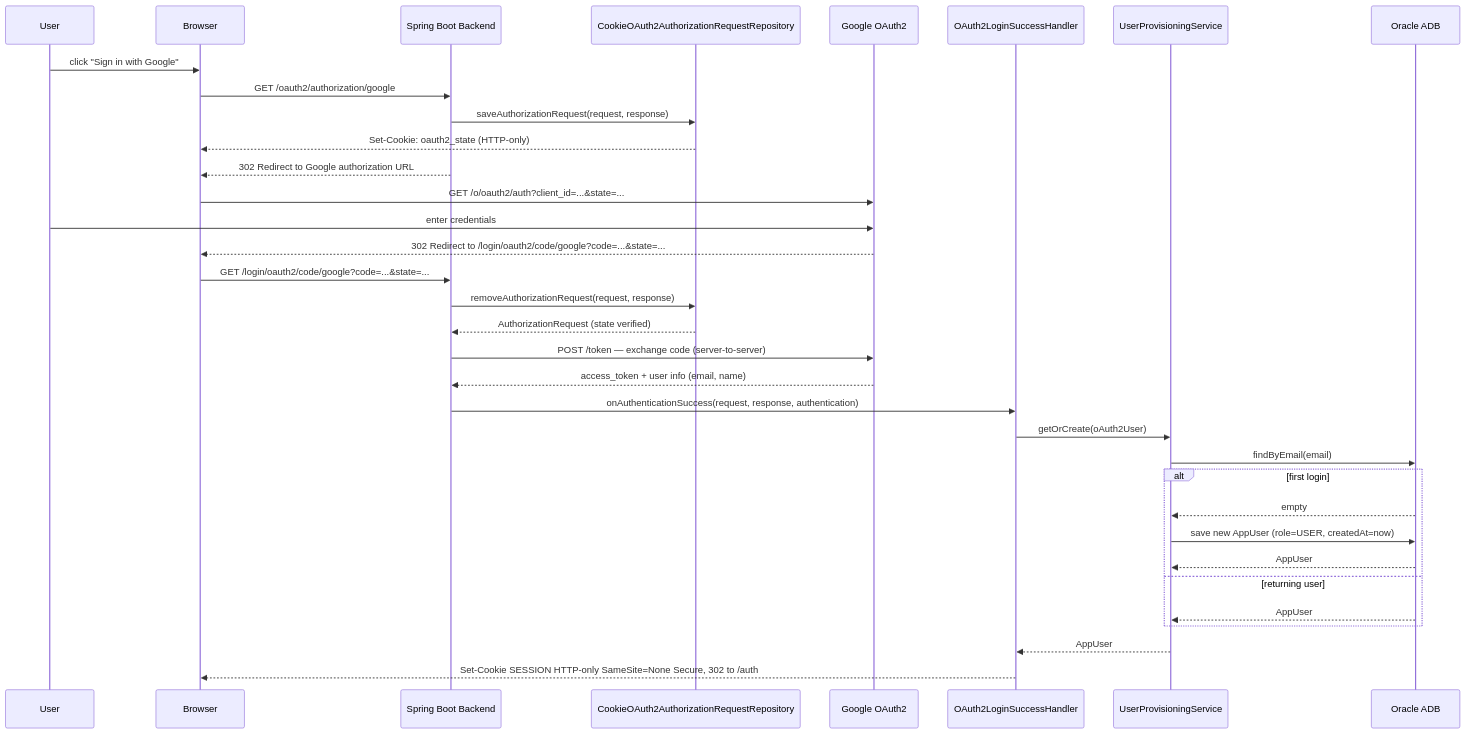
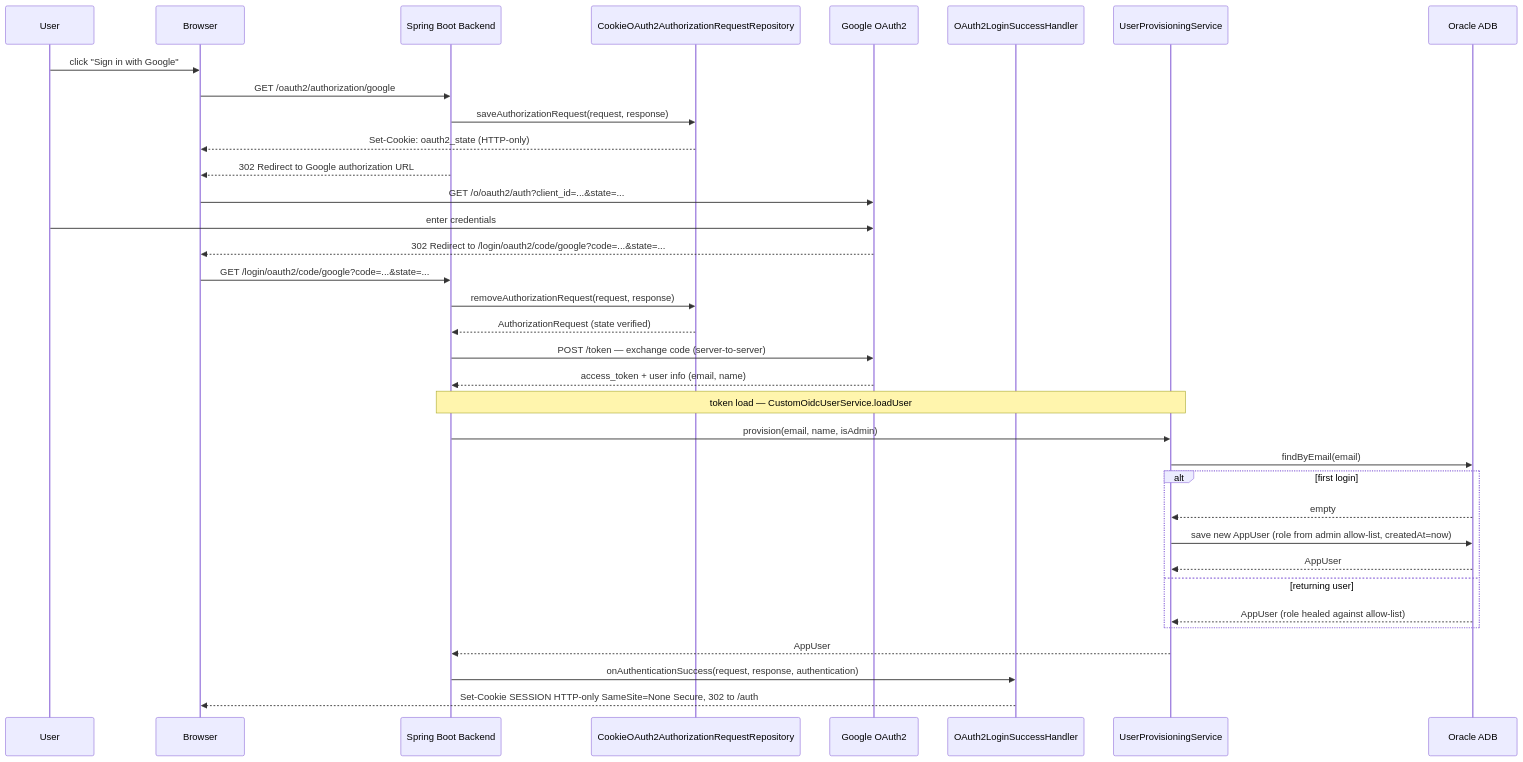
One commit to Keglev/inventory-service changed the third of 4 diagrams in docs/backend/architecture/06-runtime.md. Above: the diagram before and after it, drawn with Mermaid. The commit also changed 11 other files, not shown here.

First line of the commit message:
docs: align backend architecture docs with the current codebase

````diff
--- a/docs/backend/architecture/06-runtime.md
+++ b/docs/backend/architecture/06-runtime.md
@@ -115,39 +115,40 @@
 ```mermaid
 sequenceDiagram
     participant User
     participant Browser
     participant Backend as Spring Boot Backend
     participant CR as CookieOAuth2AuthorizationRequestRepository
     participant Google as Google OAuth2
     participant SH as OAuth2LoginSuccessHandler
     participant UPS as UserProvisioningService
     participant DB as Oracle ADB
 
     User->>Browser: click "Sign in with Google"
     Browser->>Backend: GET /oauth2/authorization/google
     Backend->>CR: saveAuthorizationRequest(request, response)
     CR-->>Browser: Set-Cookie: oauth2_state (HTTP-only)
     Backend-->>Browser: 302 Redirect to Google authorization URL
     Browser->>Google: GET /o/oauth2/auth?client_id=...&state=...
     User->>Google: enter credentials
     Google-->>Browser: 302 Redirect to /login/oauth2/code/google?code=...&state=...
     Browser->>Backend: GET /login/oauth2/code/google?code=...&state=...
     Backend->>CR: removeAuthorizationRequest(request, response)
     CR-->>Backend: AuthorizationRequest (state verified)
     Backend->>Google: POST /token — exchange code (server-to-server)
     Google-->>Backend: access_token + user info (email, name)
-    Backend->>SH: onAuthenticationSuccess(request, response, authentication)
-    SH->>UPS: getOrCreate(oAuth2User)
+    Note over Backend,UPS: token load — CustomOidcUserService.loadUser
+    Backend->>UPS: provision(email, name, isAdmin)
     UPS->>DB: findByEmail(email)
 
     alt first login
         DB-->>UPS: empty
-        UPS->>DB: save new AppUser (role=USER, createdAt=now)
+        UPS->>DB: save new AppUser (role from admin allow-list, createdAt=now)
         DB-->>UPS: AppUser
     else returning user
-        DB-->>UPS: AppUser
+        DB-->>UPS: AppUser (role healed against allow-list)
     end
 
-    UPS-->>SH: AppUser
+    UPS-->>Backend: AppUser
+    Backend->>SH: onAuthenticationSuccess(request, response, authentication)
     SH-->>Browser: Set-Cookie SESSION HTTP-only SameSite=None Secure, 302 to /auth
 ```
````
